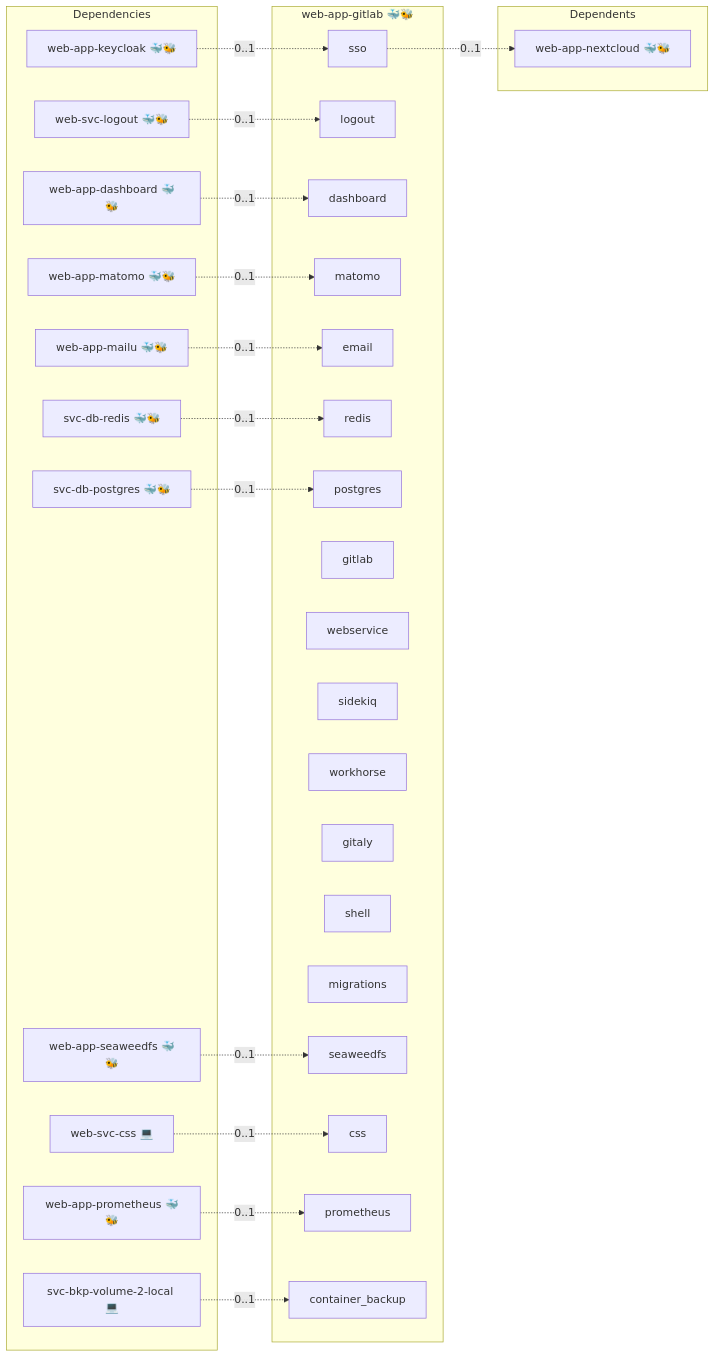
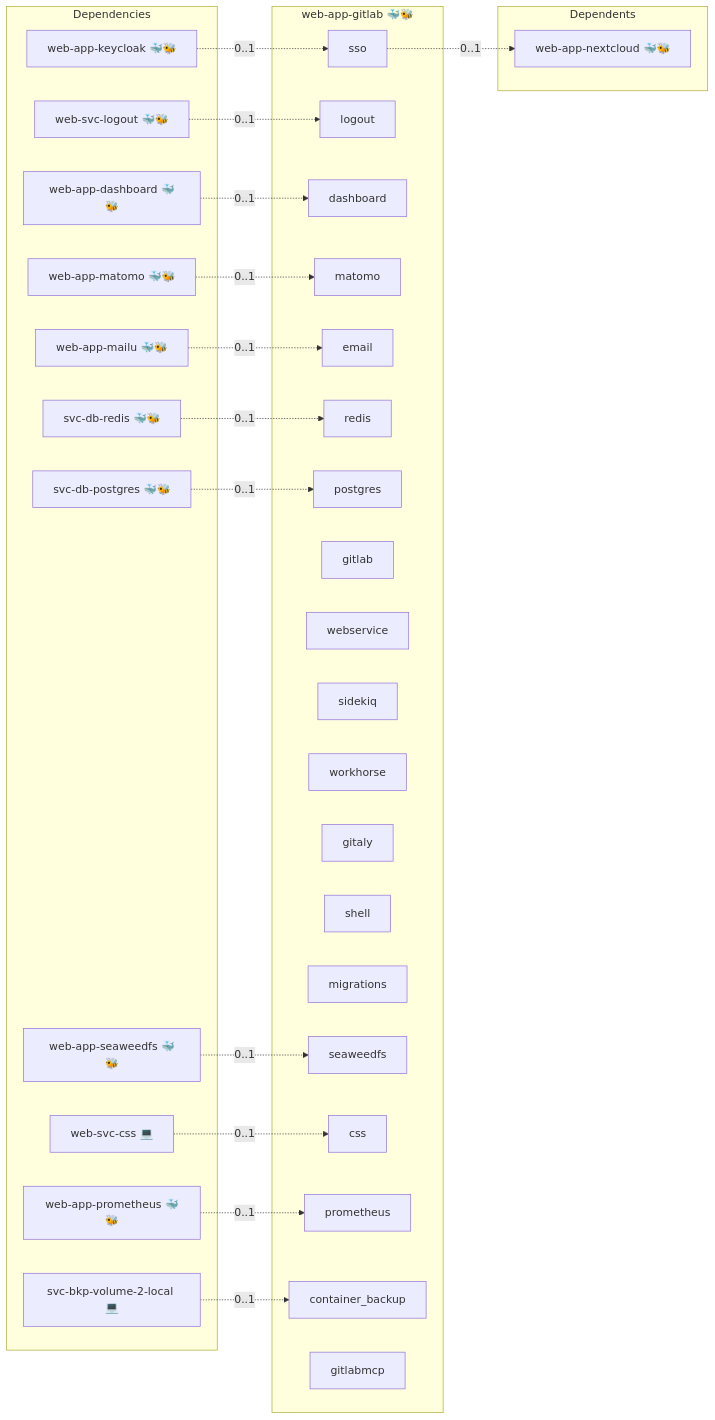
Before and after one commit to infinito-nexus/core: the diagram in roles/web-app-gitlab/README.md, drawn with Mermaid. The commit also changed other lines of this file and 9 other files, not shown here.

````diff
--- a/roles/web-app-gitlab/README.md
+++ b/roles/web-app-gitlab/README.md
@@ -15,51 +15,52 @@
 ```mermaid
 flowchart LR
     subgraph deps [Dependencies]
         dep_svc_bkp_volume_2_local["svc-bkp-volume-2-local 💻"]
         dep_svc_db_postgres["svc-db-postgres 🐳🐝"]
         dep_svc_db_redis["svc-db-redis 🐳🐝"]
         dep_web_app_dashboard["web-app-dashboard 🐳🐝"]
         dep_web_app_keycloak["web-app-keycloak 🐳🐝"]
         dep_web_app_mailu["web-app-mailu 🐳🐝"]
         dep_web_app_matomo["web-app-matomo 🐳🐝"]
         dep_web_app_prometheus["web-app-prometheus 🐳🐝"]
         dep_web_app_seaweedfs["web-app-seaweedfs 🐳🐝"]
         dep_web_svc_css["web-svc-css 💻"]
         dep_web_svc_logout["web-svc-logout 🐳🐝"]
     end
     subgraph role [web-app-gitlab 🐳🐝]
         svc_sso["sso"]
         svc_logout["logout"]
         svc_dashboard["dashboard"]
         svc_matomo["matomo"]
         svc_email["email"]
         svc_redis["redis"]
         svc_postgres["postgres"]
         svc_gitlab["gitlab"]
         svc_webservice["webservice"]
         svc_sidekiq["sidekiq"]
         svc_workhorse["workhorse"]
         svc_gitaly["gitaly"]
         svc_shell["shell"]
         svc_migrations["migrations"]
         svc_seaweedfs["seaweedfs"]
         svc_css["css"]
         svc_prometheus["prometheus"]
         svc_container_backup["container_backup"]
+        svc_gitlabmcp["gitlabmcp"]
     end
     subgraph dependents [Dependents]
         dpt_web_app_nextcloud["web-app-nextcloud 🐳🐝"]
     end
     dep_svc_bkp_volume_2_local -. "0..1" .-> svc_container_backup
     dep_svc_db_postgres -. "0..1" .-> svc_postgres
     dep_svc_db_redis -. "0..1" .-> svc_redis
     dep_web_app_dashboard -. "0..1" .-> svc_dashboard
     dep_web_app_keycloak -. "0..1" .-> svc_sso
     dep_web_app_mailu -. "0..1" .-> svc_email
     dep_web_app_matomo -. "0..1" .-> svc_matomo
     dep_web_app_prometheus -. "0..1" .-> svc_prometheus
     dep_web_app_seaweedfs -. "0..1" .-> svc_seaweedfs
     dep_web_svc_css -. "0..1" .-> svc_css
     dep_web_svc_logout -. "0..1" .-> svc_logout
     svc_sso -. "0..1" .-> dpt_web_app_nextcloud
 ```
````
